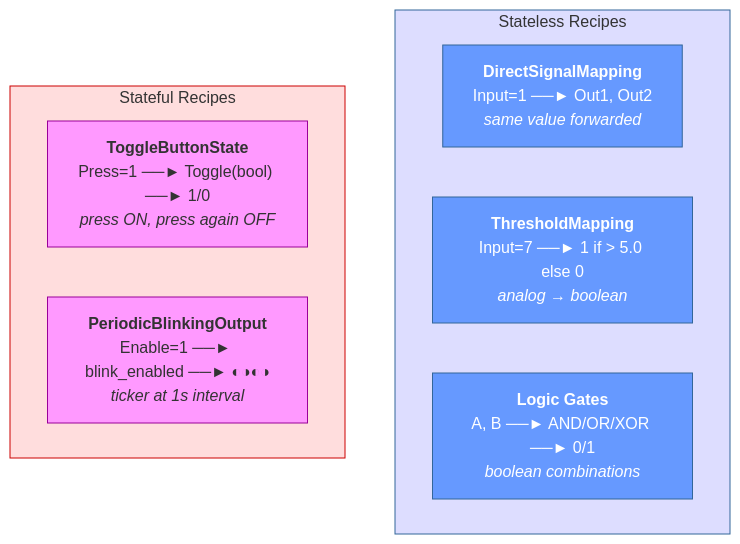
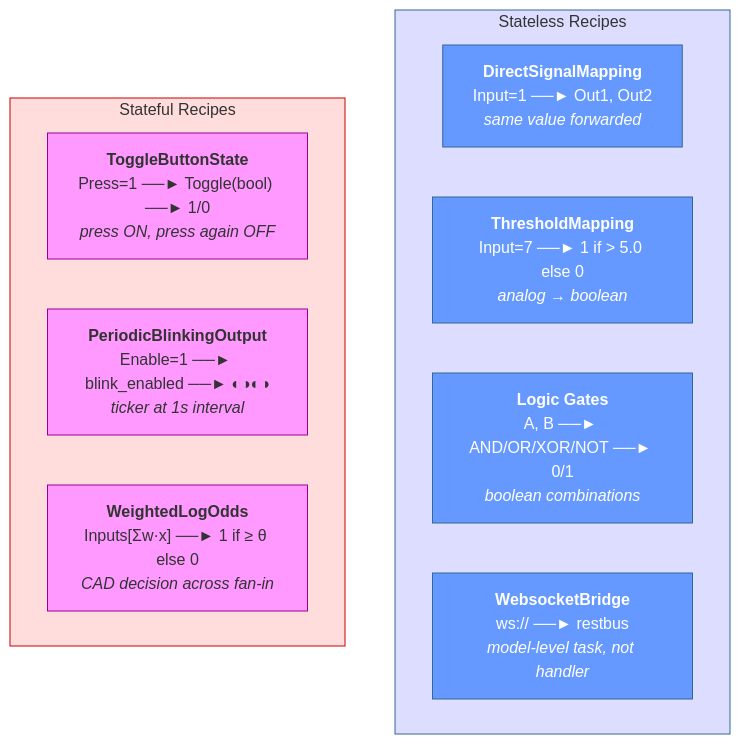
Before and after one commit to MinhTuan76800310/remotive_code_generation: the fourth of 10 diagrams in README.md, drawn with Mermaid. The commit also changed other lines of this file, not shown here.

````diff
--- a/README.md
+++ b/README.md
@@ -281,21 +283,25 @@
 ```mermaid
 flowchart TB
     subgraph Stateless["Stateless Recipes"]
         DSM["<b>DirectSignalMapping</b><br/>Input=1 ──► Out1, Out2<br/><i>same value forwarded</i>"]
         TM["<b>ThresholdMapping</b><br/>Input=7 ──► 1 if > 5.0 else 0<br/><i>analog → boolean</i>"]
-        LG["<b>Logic Gates</b><br/>A, B ──► AND/OR/XOR ──► 0/1<br/><i>boolean combinations</i>"]
+        LG["<b>Logic Gates</b><br/>A, B ──► AND/OR/XOR/NOT ──► 0/1<br/><i>boolean combinations</i>"]
+        WB["<b>WebsocketBridge</b><br/>ws:// ──► restbus<br/><i>model-level task, not handler</i>"]
     end
 
     subgraph Stateful["Stateful Recipes"]
         TBS["<b>ToggleButtonState</b><br/>Press=1 ──► Toggle(bool) ──► 1/0<br/><i>press ON, press again OFF</i>"]
         PBO["<b>PeriodicBlinkingOutput</b><br/>Enable=1 ──► blink_enabled ──► ◐◑◐◑<br/><i>ticker at 1s interval</i>"]
+        WLO["<b>WeightedLogOdds</b><br/>Inputs[Σw·x] ──► 1 if ≥ θ else 0<br/><i>CAD decision across fan-in</i>"]
     end
 
     style Stateless fill:#ddf,stroke:#369,color:#333
     style Stateful fill:#fdd,stroke:#c00,color:#333
     style DSM fill:#69f,stroke:#369,color:#fff
     style TM fill:#69f,stroke:#369,color:#fff
     style LG fill:#69f,stroke:#369,color:#fff
+    style WB fill:#69f,stroke:#369,color:#fff
     style TBS fill:#f9f,stroke:#909,color:#333
     style PBO fill:#f9f,stroke:#909,color:#333
+    style WLO fill:#f9f,stroke:#909,color:#333
 ```
````
